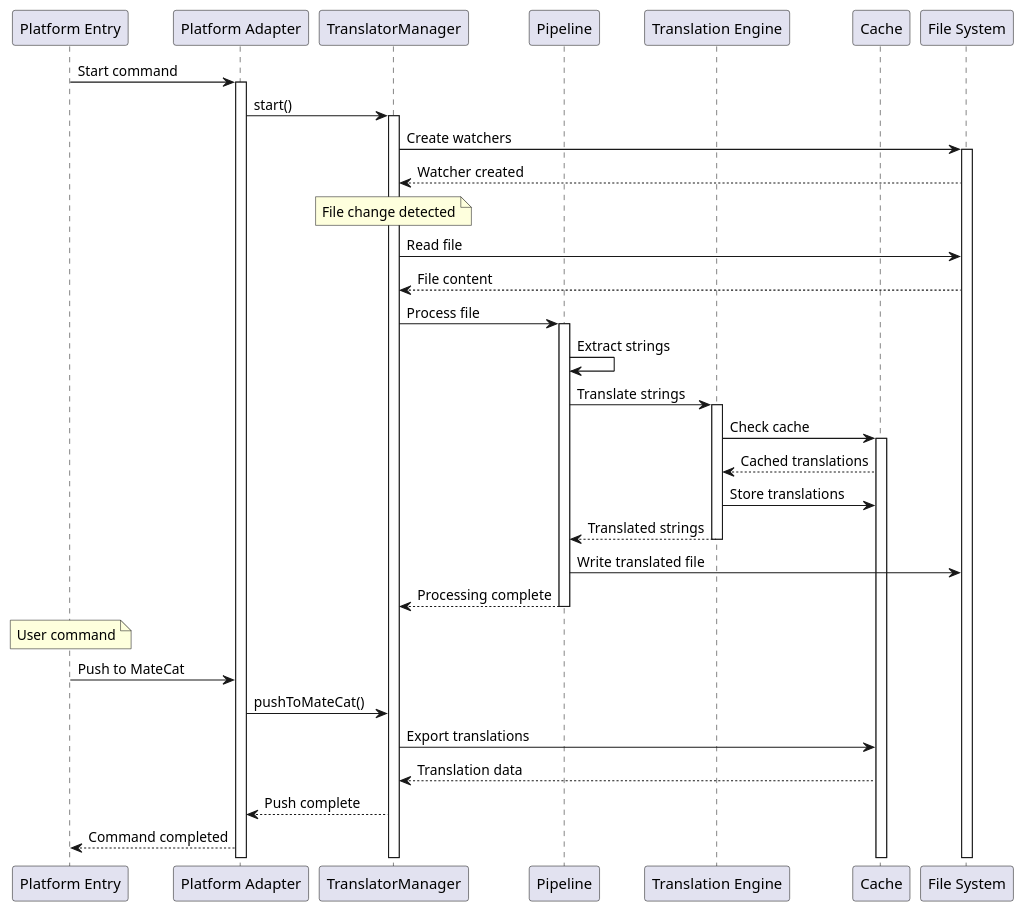
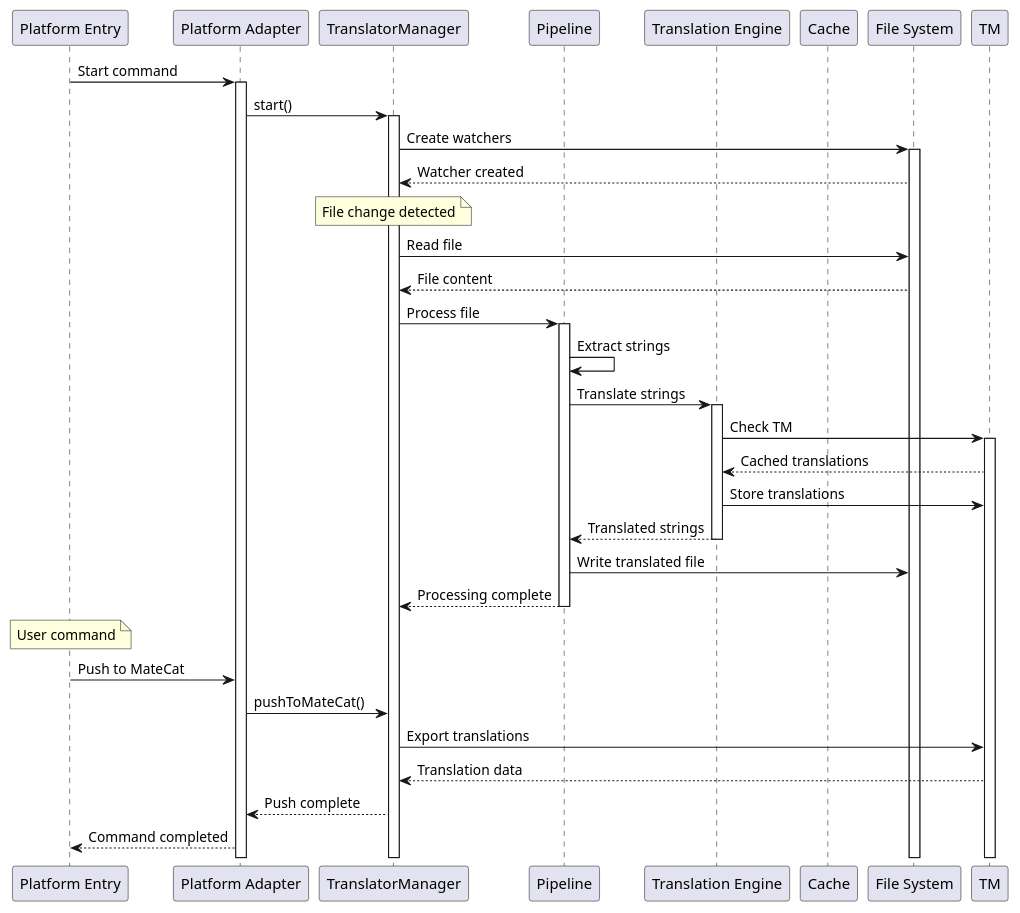
One commit to appsitu-com/i18n-translator-sync changed the second of 4 diagrams in doc/Architecture.md. Above: the diagram before and after it, drawn with PlantUML. The commit also changed other lines of this file and 37 other files, not shown here.

First line of the commit message:
refactor: rename cache to translation memory (TM) terminology

````diff
--- a/doc/Architecture.md
+++ b/doc/Architecture.md
@@ -401,48 +401,48 @@
 ```plantuml
 @startuml
 
 participant "Platform Entry" as Entry
 participant "Platform Adapter" as Adapter
 participant "TranslatorManager" as Manager
 participant "Pipeline" as Pipeline
 participant "Translation Engine" as Engine
 participant "Cache" as Cache
 participant "File System" as FS
 
 Entry -> Adapter: Start command
 Activate Adapter
 Adapter -> Manager: start()
 Activate Manager
 
 Manager -> FS: Create watchers
 Activate FS
 FS --> Manager: Watcher created
 
 note over Manager: File change detected
 Manager -> FS: Read file
 FS --> Manager: File content
 Manager -> Pipeline: Process file
 Activate Pipeline
 Pipeline -> Pipeline: Extract strings
 Pipeline -> Engine: Translate strings
 Activate Engine
-Engine -> Cache: Check cache
-Activate Cache
-Cache --> Engine: Cached translations
-Engine -> Cache: Store translations
+Engine -> TM: Check TM
+Activate TM
+TM --> Engine: Cached translations
+Engine -> TM: Store translations
 Engine --> Pipeline: Translated strings
 Deactivate Engine
 Pipeline -> FS: Write translated file
 Pipeline --> Manager: Processing complete
 Deactivate Pipeline
 
 note over Entry: User command
 Entry -> Adapter: Push to MateCat
 Adapter -> Manager: pushToMateCat()
-Manager -> Cache: Export translations
-Cache --> Manager: Translation data
+Manager -> TM: Export translations
+  TM --> Manager: Translation data
 Manager --> Adapter: Push complete
 Adapter --> Entry: Command completed
 
 @enduml
 ```
````
